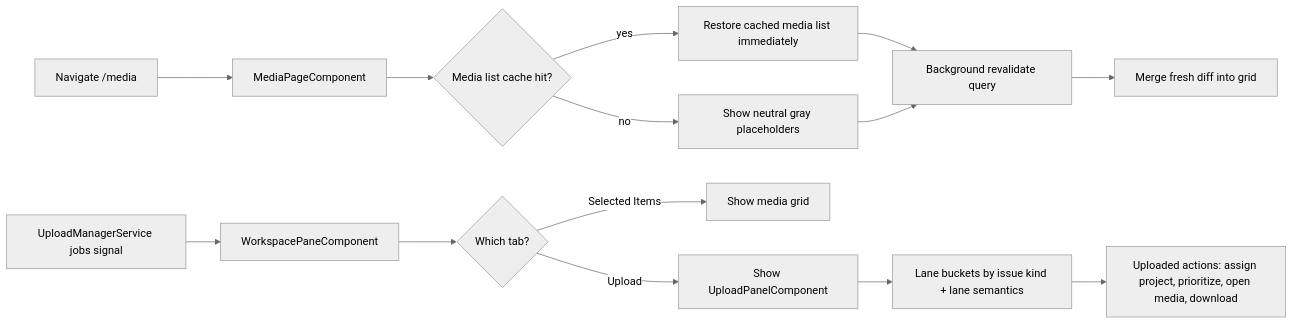
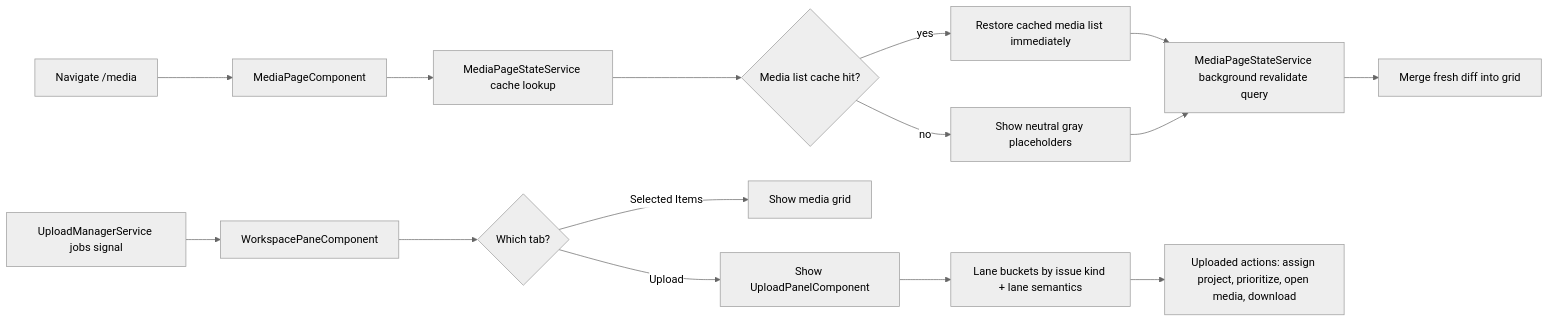
The first of 3 diagrams in docs/specs/page/media-page.md (matkleve/feldpost), drawn with Mermaid (neutral theme) before and after one commit. The commit also changed other lines of this file and 7 other files, not shown here.

Commit message:
feat(media): introduce media component and related specifications for state management and rendering

````diff
--- a/docs/specs/page/media-page.md
+++ b/docs/specs/page/media-page.md
@@ -166,17 +166,18 @@
 ```mermaid
 flowchart LR
     A["Navigate /media"] --> B["MediaPageComponent"]
-    B --> C{"Media list cache hit?"}
-    C -->|yes| D["Restore cached media list immediately"]
-    C -->|no| E["Show neutral gray placeholders"]
-    D --> F["Background revalidate query"]
-    E --> F
-    F --> G["Merge fresh diff into grid"]
+    B --> C["MediaPageStateService cache lookup"]
+    C --> D{"Media list cache hit?"}
+    D -->|yes| E["Restore cached media list immediately"]
+    D -->|no| F["Show neutral gray placeholders"]
+    E --> G["MediaPageStateService background revalidate query"]
+    F --> G
+    G --> H["Merge fresh diff into grid"]
 
-    H["UploadManagerService jobs signal"] --> I["WorkspacePaneComponent"]
-    I --> J{"Which tab?"}
-    J -->|Selected Items| K["Show media grid"]
-    J -->|Upload| L["Show UploadPanelComponent"]
-    L --> M["Lane buckets by issue kind + lane semantics"]
-    M --> N["Uploaded actions: assign project, prioritize, open media, download"]
+    I["UploadManagerService jobs signal"] --> J["WorkspacePaneComponent"]
+    J --> K{"Which tab?"}
+    K -->|Selected Items| L["Show media grid"]
+    K -->|Upload| M["Show UploadPanelComponent"]
+    M --> N["Lane buckets by issue kind + lane semantics"]
+    N --> O["Uploaded actions: assign project, prioritize, open media, download"]
 ```
````
